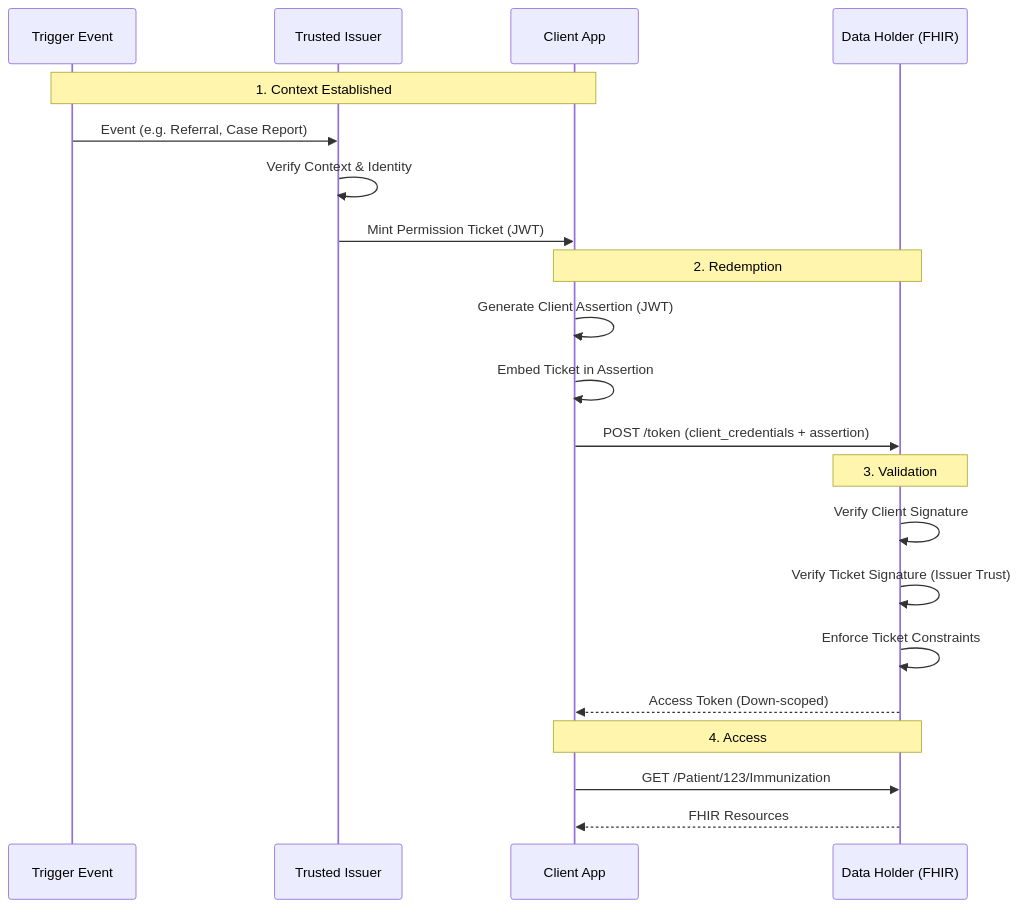
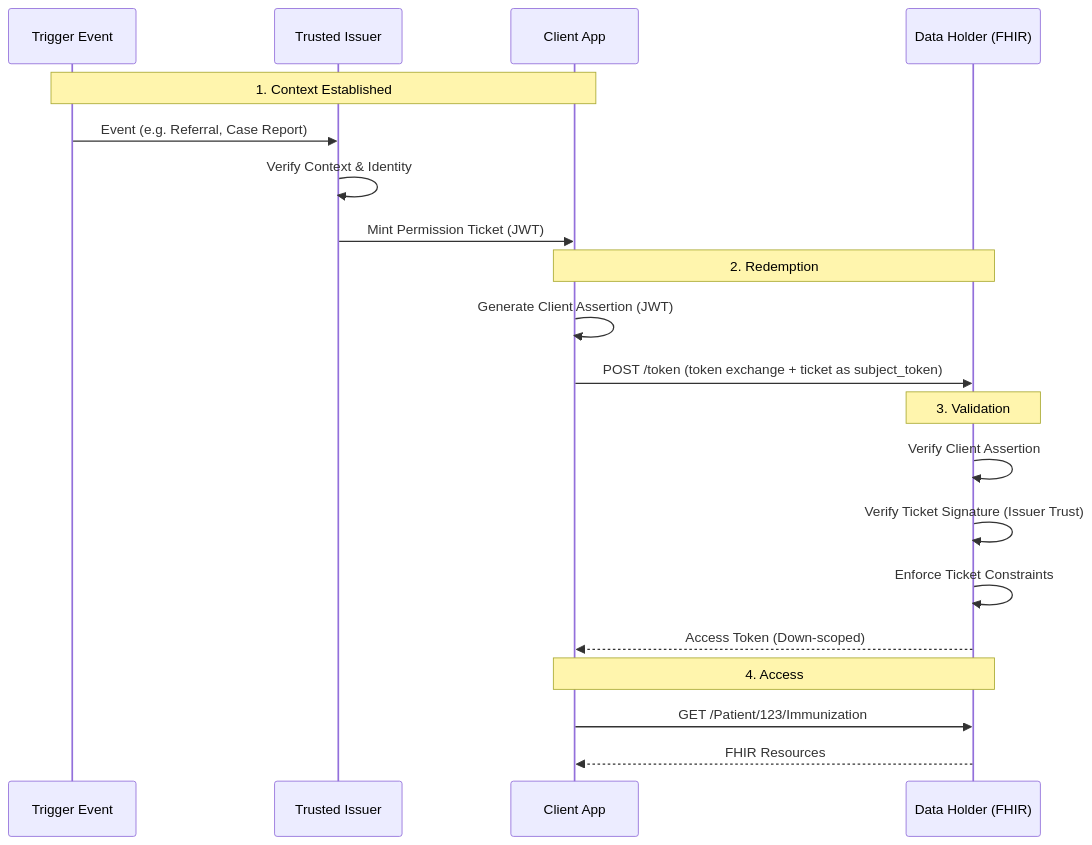
The diagram in input/pagecontent/index.md (jmandel/smart-permission-tickets-wip), drawn with Mermaid before and after one commit. The commit also changed other lines of this file and 22 other files, not shown here.

First line of the commit message:
Switch transport from client_credentials to RFC 8693 token exchange

````diff
--- a/input/pagecontent/index.md
+++ b/input/pagecontent/index.md
@@ -29,27 +31,26 @@
 ```mermaid
 sequenceDiagram
     participant Trigger as Trigger Event
     participant Issuer as Trusted Issuer
     participant Client as Client App
     participant Server as Data Holder (FHIR)
 
     Note over Trigger, Client: 1. Context Established
     Trigger->>Issuer: Event (e.g. Referral, Case Report)
     Issuer->>Issuer: Verify Context & Identity
     Issuer->>Client: Mint Permission Ticket (JWT)
 
     Note over Client, Server: 2. Redemption
     Client->>Client: Generate Client Assertion (JWT)
-    Client->>Client: Embed Ticket in Assertion
-    Client->>Server: POST /token (client_credentials + assertion)
+    Client->>Server: POST /token (token exchange + ticket as subject_token)
 
     Note over Server: 3. Validation
-    Server->>Server: Verify Client Signature
+    Server->>Server: Verify Client Assertion
     Server->>Server: Verify Ticket Signature (Issuer Trust)
     Server->>Server: Enforce Ticket Constraints
     Server-->>Client: Access Token (Down-scoped)
 
     Note over Client, Server: 4. Access
     Client->>Server: GET /Patient/123/Immunization
     Server-->>Client: FHIR Resources
 ```
````
